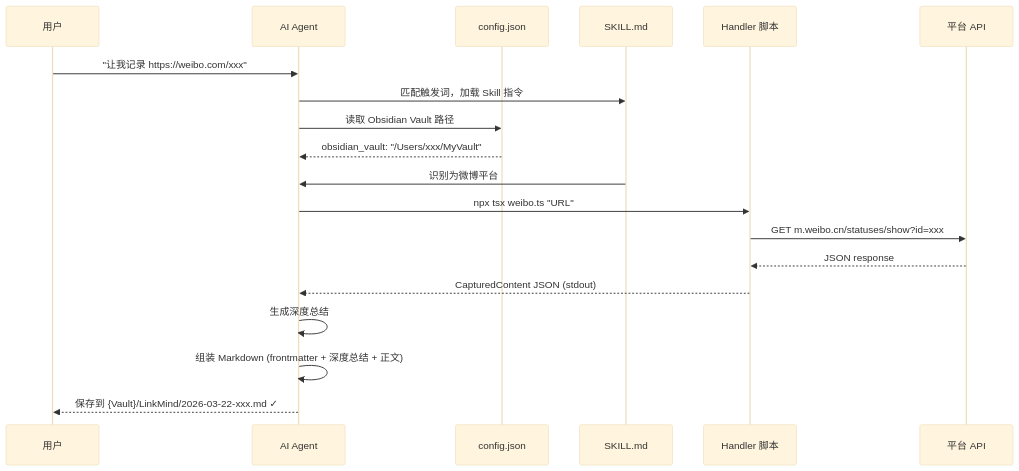
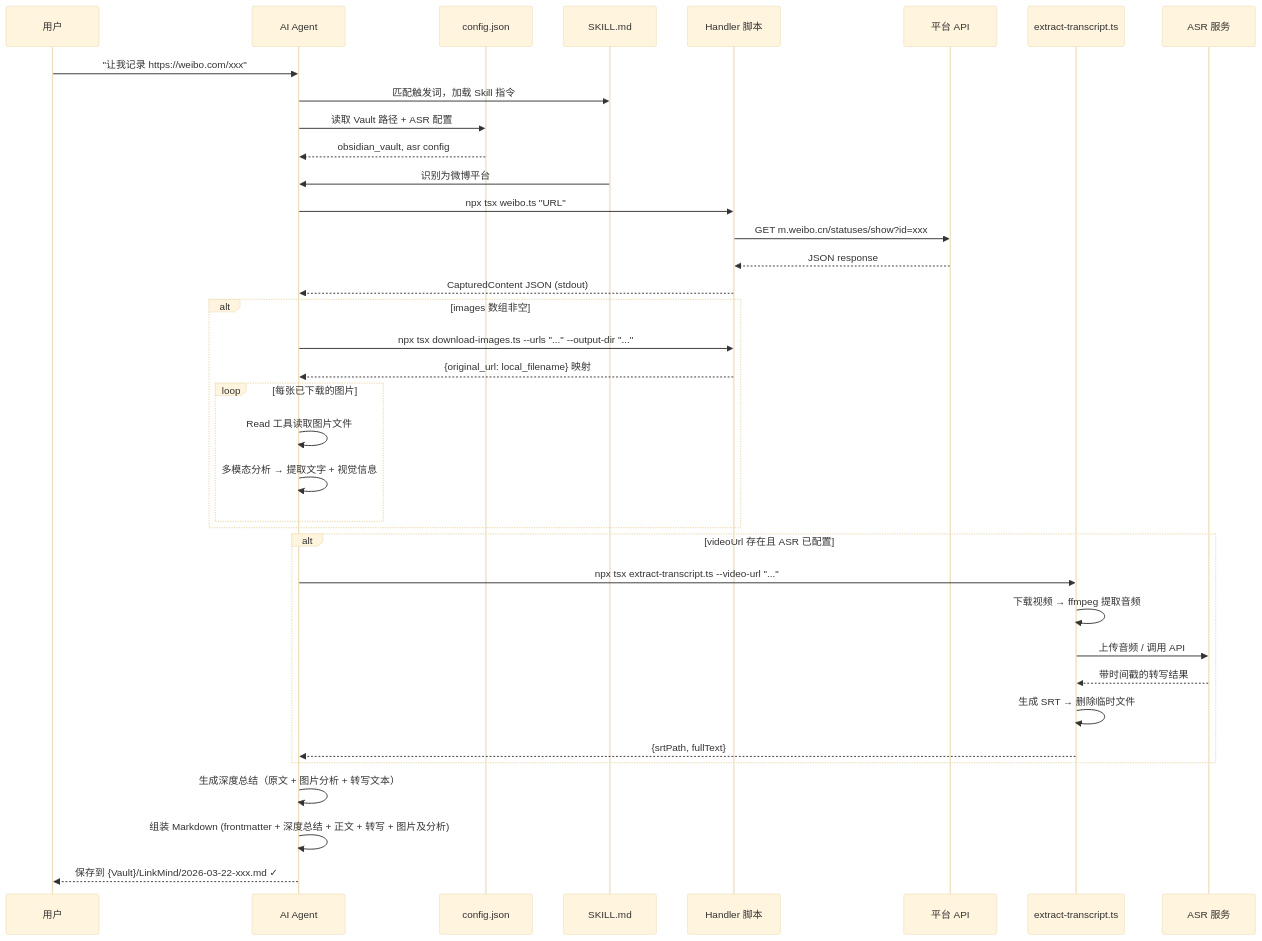
The sixth of 7 diagrams in docs/ARCH.md (tt-bltn/LinkMind), drawn with Mermaid (base theme) before and after one commit. The commit also changed other lines of this file and 7 other files, not shown here.

First line of the commit message:
docs: add Step 5 image multimodal analysis and Step 6 video ASR transcript

````diff
--- a/docs/ARCH.md
+++ b/docs/ARCH.md
@@ -108,22 +198,43 @@
 ```mermaid
 sequenceDiagram
     participant U as 用户
     participant A as AI Agent
     participant C as config.json
     participant S as SKILL.md
     participant H as Handler 脚本
     participant P as 平台 API
+    participant T as extract-transcript.ts
+    participant ASR as ASR 服务
 
     U->>A: "让我记录 https://weibo.com/xxx"
     A->>S: 匹配触发词，加载 Skill 指令
-    A->>C: 读取 Obsidian Vault 路径
-    C-->>A: obsidian_vault: "/Users/xxx/MyVault"
+    A->>C: 读取 Vault 路径 + ASR 配置
+    C-->>A: obsidian_vault, asr config
     S->>A: 识别为微博平台
     A->>H: npx tsx weibo.ts "URL"
     H->>P: GET m.weibo.cn/statuses/show?id=xxx
     P-->>H: JSON response
     H-->>A: CapturedContent JSON (stdout)
-    A->>A: 生成深度总结
-    A->>A: 组装 Markdown (frontmatter + 深度总结 + 正文)
+
+    alt images 数组非空
+        A->>H: npx tsx download-images.ts --urls "..." --output-dir "..."
+        H-->>A: {original_url: local_filename} 映射
+        loop 每张已下载的图片
+            A->>A: Read 工具读取图片文件
+            A->>A: 多模态分析 → 提取文字 + 视觉信息
+        end
+    end
+
+    alt videoUrl 存在且 ASR 已配置
+        A->>T: npx tsx extract-transcript.ts --video-url "..."
+        T->>T: 下载视频 → ffmpeg 提取音频
+        T->>ASR: 上传音频 / 调用 API
+        ASR-->>T: 带时间戳的转写结果
+        T->>T: 生成 SRT → 删除临时文件
+        T-->>A: {srtPath, fullText}
+    end
+
+    A->>A: 生成深度总结（原文 + 图片分析 + 转写文本）
+    A->>A: 组装 Markdown (frontmatter + 深度总结 + 正文 + 转写 + 图片及分析)
     A-->>U: 保存到 {Vault}/LinkMind/2026-03-22-xxx.md ✓
 ```
````
